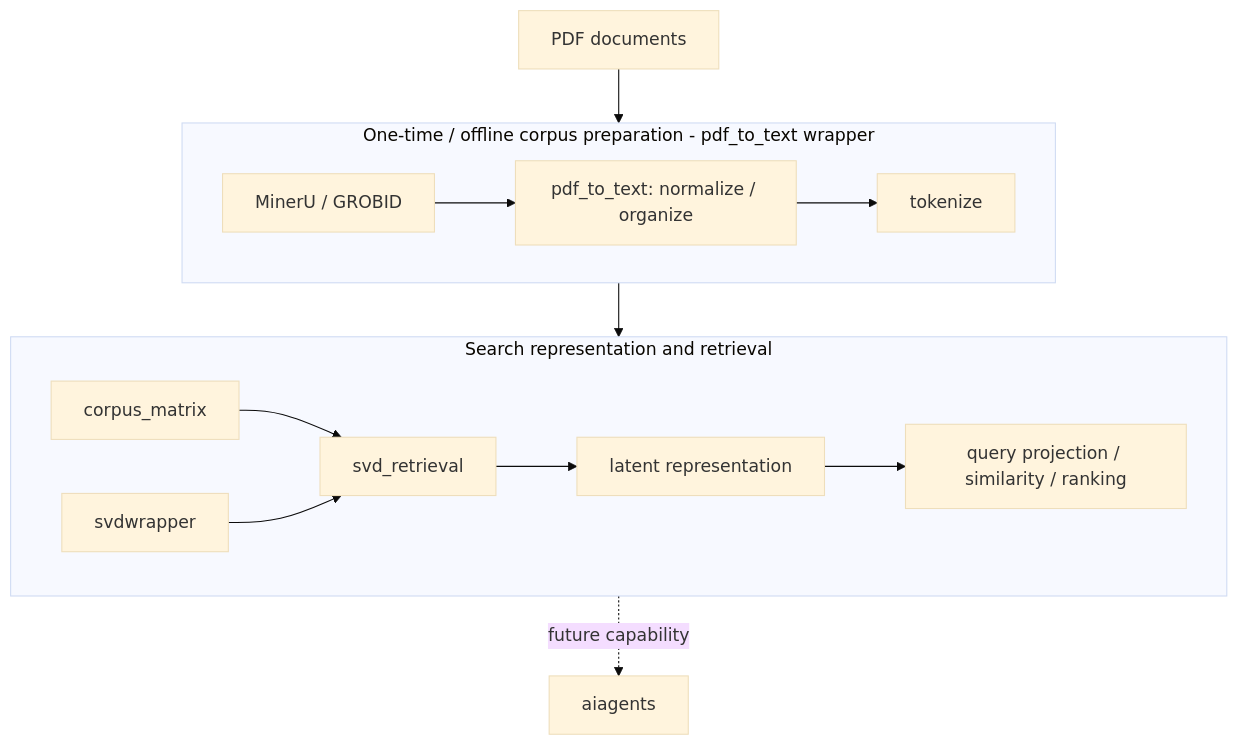
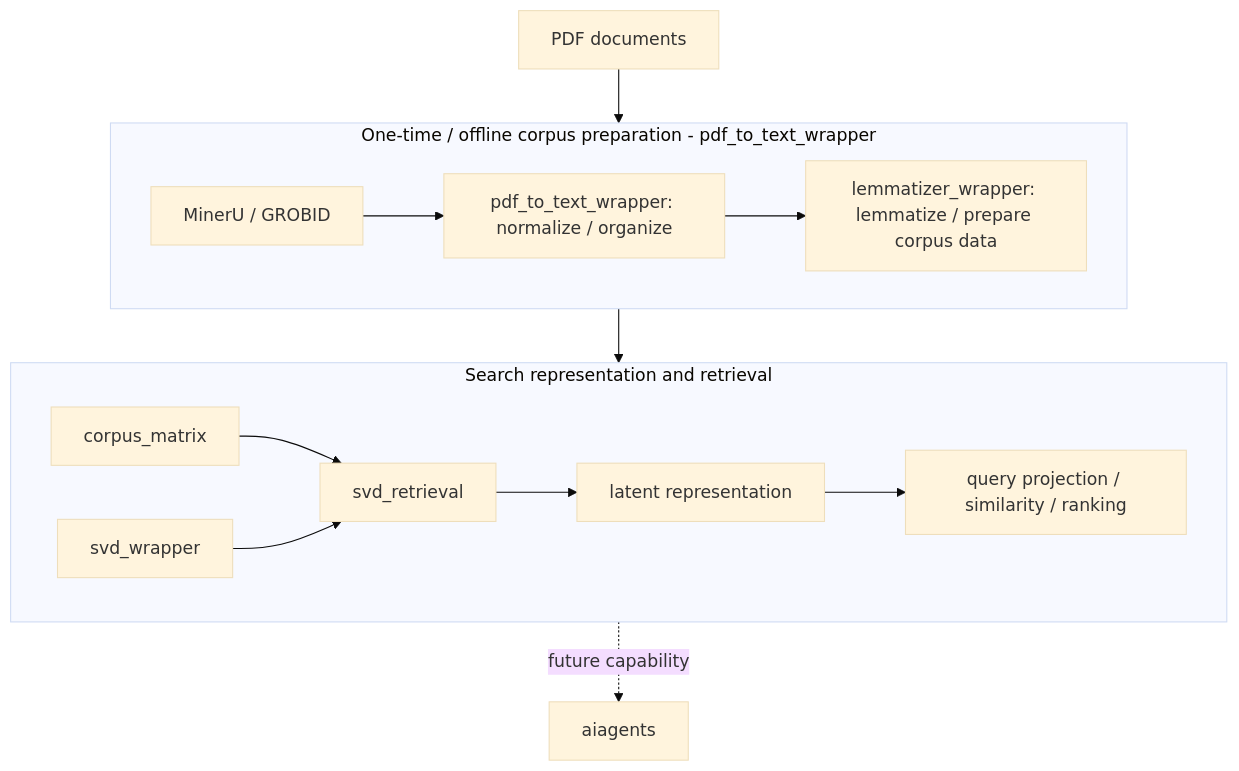
One commit to witold-k/witold-k changed the third of 6 diagrams in README.md. Above: the diagram before and after it, drawn with Mermaid (base theme). The commit also changed other lines of this file, not shown here.

````diff
--- a/README.md
+++ b/README.md
@@ -49,22 +50,22 @@
 ```mermaid
 flowchart TB
     PDF[PDF documents]
 
-    subgraph PREP[One-time / offline corpus preparation - pdf_to_text wrapper]
+    subgraph PREP[One-time / offline corpus preparation - pdf_to_text_wrapper]
         direction LR
-        BACKENDS[MinerU / GROBID] --> CONVERT[pdf_to_text: normalize / organize]
-        CONVERT --> TOKENS[tokenize]
+        BACKENDS[MinerU / GROBID] --> CONVERT[pdf_to_text_wrapper: normalize / organize]
+        CONVERT --> LEMMA[lemmatizer_wrapper: lemmatize / prepare corpus data]
     end
 
     subgraph SEARCH[Search representation and retrieval]
         direction LR
         MATRIX[corpus_matrix] --> RETRIEVAL[svd_retrieval]
-        SVD[svdwrapper] --> RETRIEVAL
+        SVD[svd_wrapper] --> RETRIEVAL
         RETRIEVAL --> LATENT[latent representation]
         LATENT --> RETRIEVE[query projection / similarity / ranking]
     end
 
     PDF --> BACKENDS
-    TOKENS --> MATRIX
+    LEMMA --> MATRIX
     RETRIEVE -.->|future capability| AGENT[aiagents]
 ```
````
